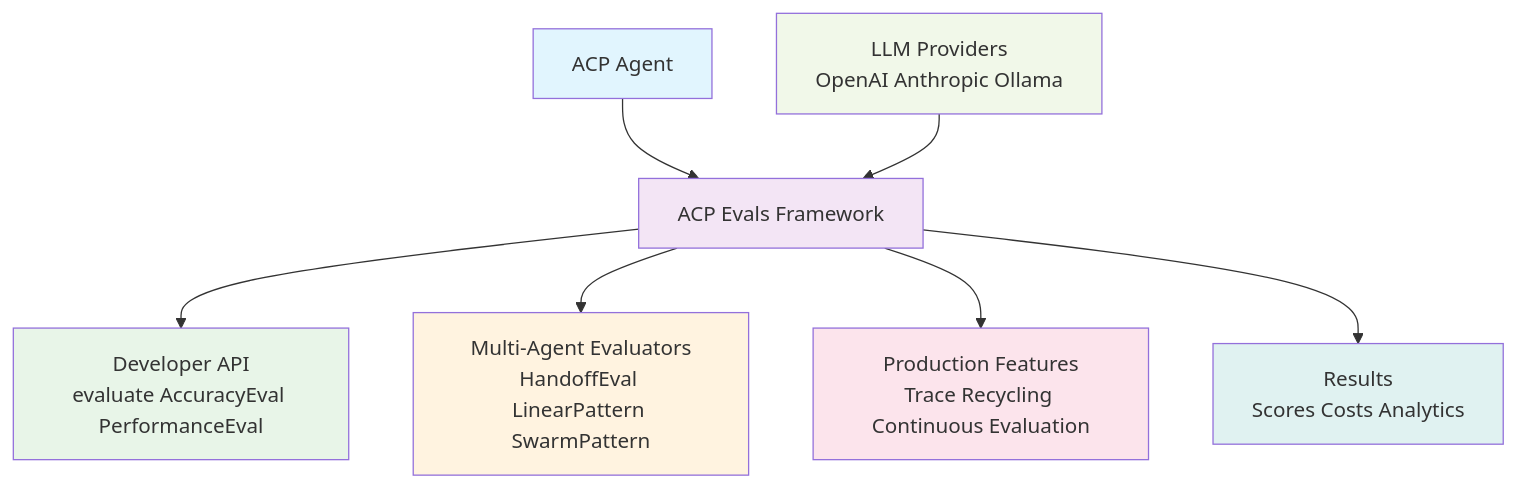
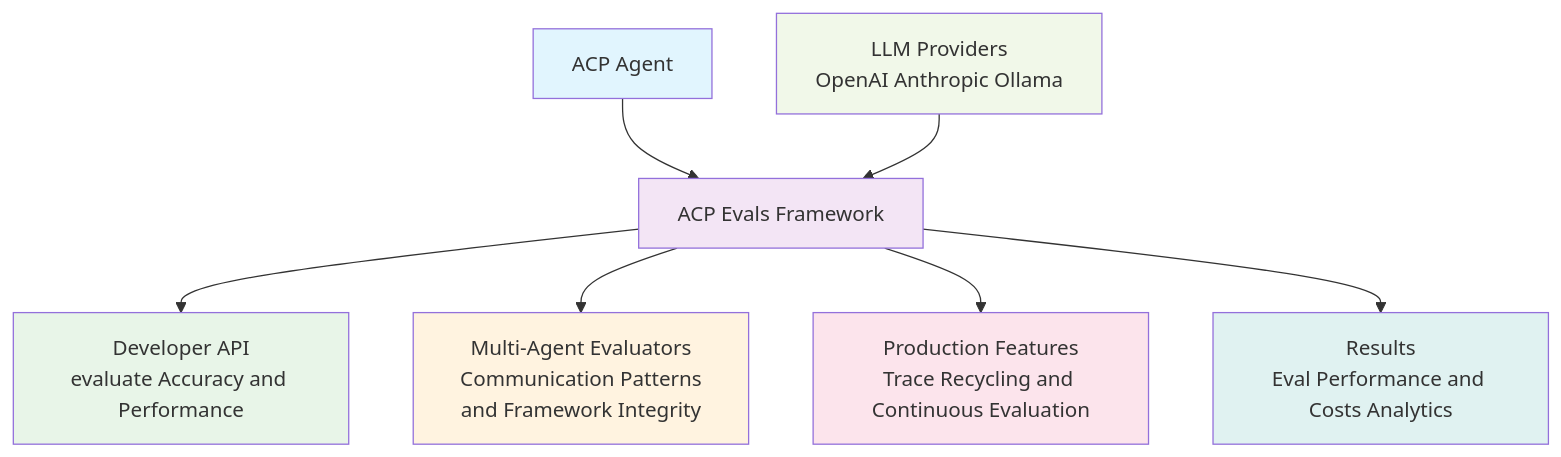
The diagram in README.md (jbarnes850/acp-evals), drawn with Mermaid before and after one commit.

````diff
--- a/README.md
+++ b/README.md
@@ -71,20 +71,20 @@
 ```mermaid
 graph TB
     A[ACP Agent] --> B[ACP Evals Framework]
     
-    B --> C[Developer API<br/>evaluate AccuracyEval PerformanceEval]
-    B --> D[Multi-Agent Evaluators<br/>HandoffEval LinearPattern SwarmPattern]
-    B --> E[Production Features<br/>Trace Recycling Continuous Evaluation]
+    B --> C[Developer API<br/>evaluate Accuracy and Performance]
+    B --> D[Multi-Agent Evaluators<br/> Communication Patterns and Framework Integrity]
+    B --> E[Production Features<br/>Trace Recycling and Continuous Evaluation]
     
     F[LLM Providers<br/>OpenAI Anthropic Ollama] --> B
     
-    B --> G[Results<br/>Scores Costs Analytics]
+    B --> G[Results<br/>Eval Performance and Costs Analytics]
     
     style A fill:#e1f5fe
     style B fill:#f3e5f5
     style C fill:#e8f5e8
     style D fill:#fff3e0
     style E fill:#fce4ec
     style F fill:#f1f8e9
     style G fill:#e0f2f1
 ```
````
